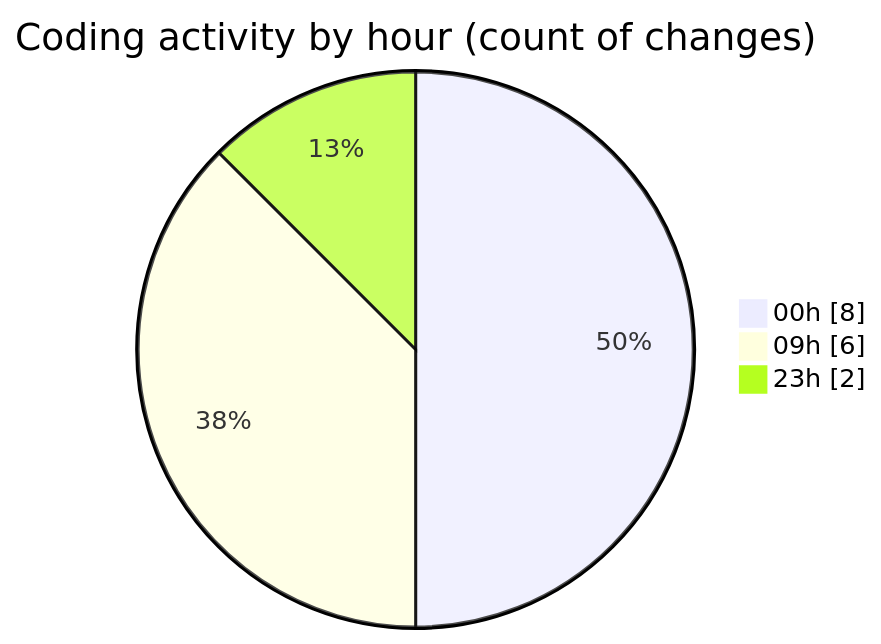
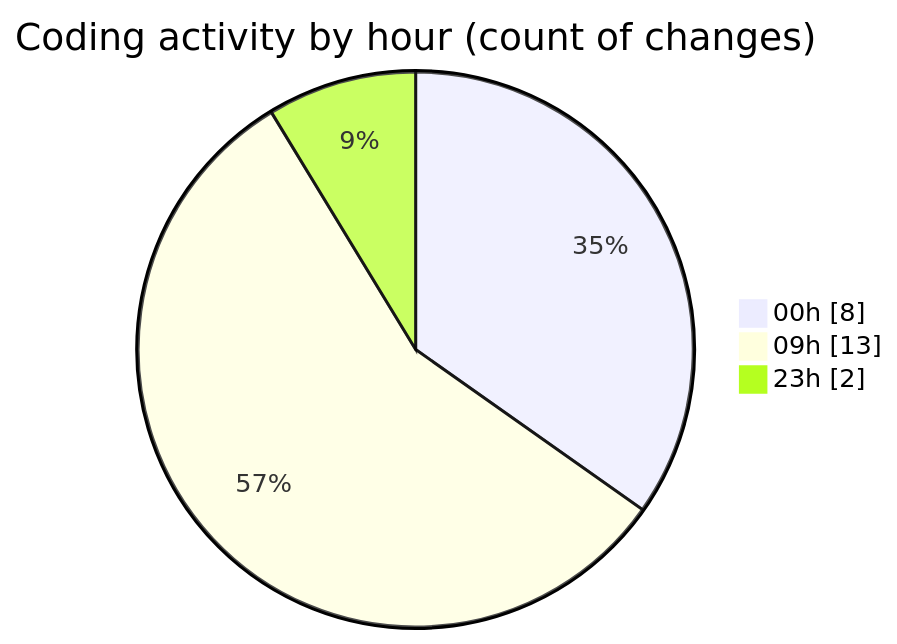
One commit to momahboobian/code-tracking changed the second of 2 diagrams in 2025-12-18/cda/README.md. Above: the diagram before and after it, drawn with Mermaid. The commit also changed other lines of this file and 1 other file, not shown here.

````diff
--- a/2025-12-18/cda/README.md
+++ b/2025-12-18/cda/README.md
@@ -35,7 +39,7 @@
 ```mermaid
 pie showData
 title Coding activity by hour (count of changes)
 "00h" : 8
-"09h" : 6
+"09h" : 13
 "23h" : 2
 ```
````
